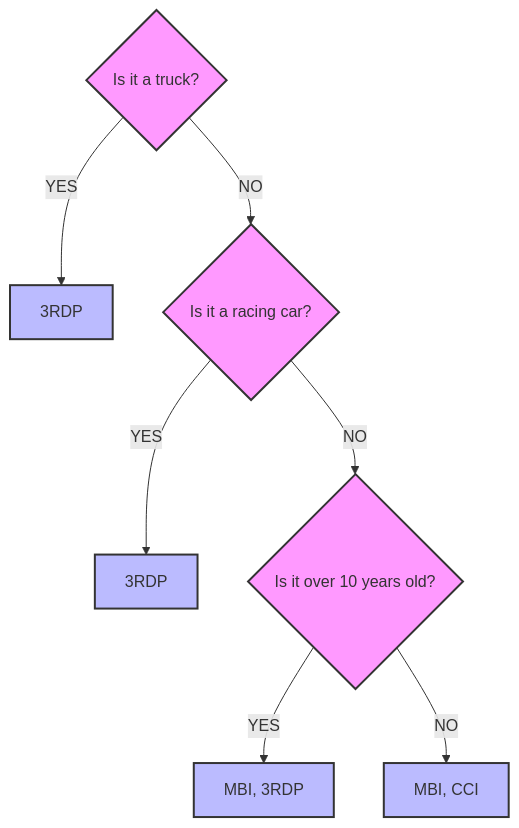
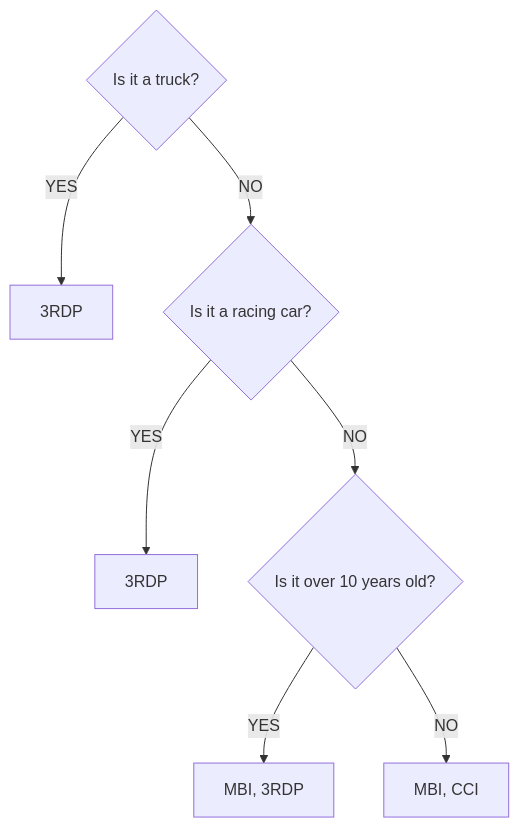
The first of 3 diagrams in README.md (Astrotope/mr-level-05-fsd-mission-04-deno2-hono4-react18), drawn with Mermaid before and after one commit. The commit also changed other lines of this file, not shown here.

Commit message:
update README.md - mermaid typo fix.

````diff
--- a/README.md
+++ b/README.md
@@ -159,18 +159,12 @@
 ```mermaid
 flowchart TD
     A{Is it a truck?} -->|YES| B[3RDP]
     A -->|NO| C{Is it a racing car?}
     
     C -->|YES| D[3RDP]
     C -->|NO| E{Is it over 10 years old?}
     
     E -->|YES| F[MBI, 3RDP]
     E -->|NO| G[MBI, CCI]
 
-    %% Styling
-    classDef question fill:#f9f,stroke:#333,stroke-width:2px
-    classDef answer fill:#bbf,stroke:#333,stroke-width:2px
-    
-    class A,C,E question
-    class B,D,F,G answer
 ```
````
